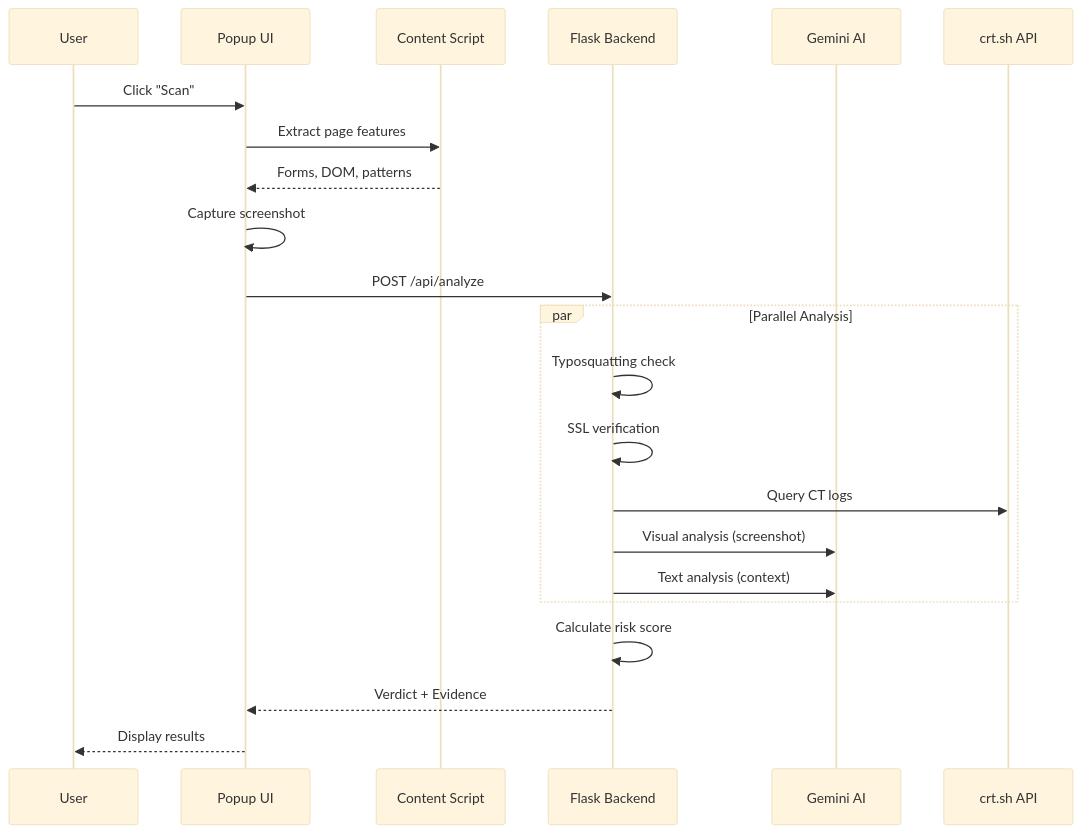
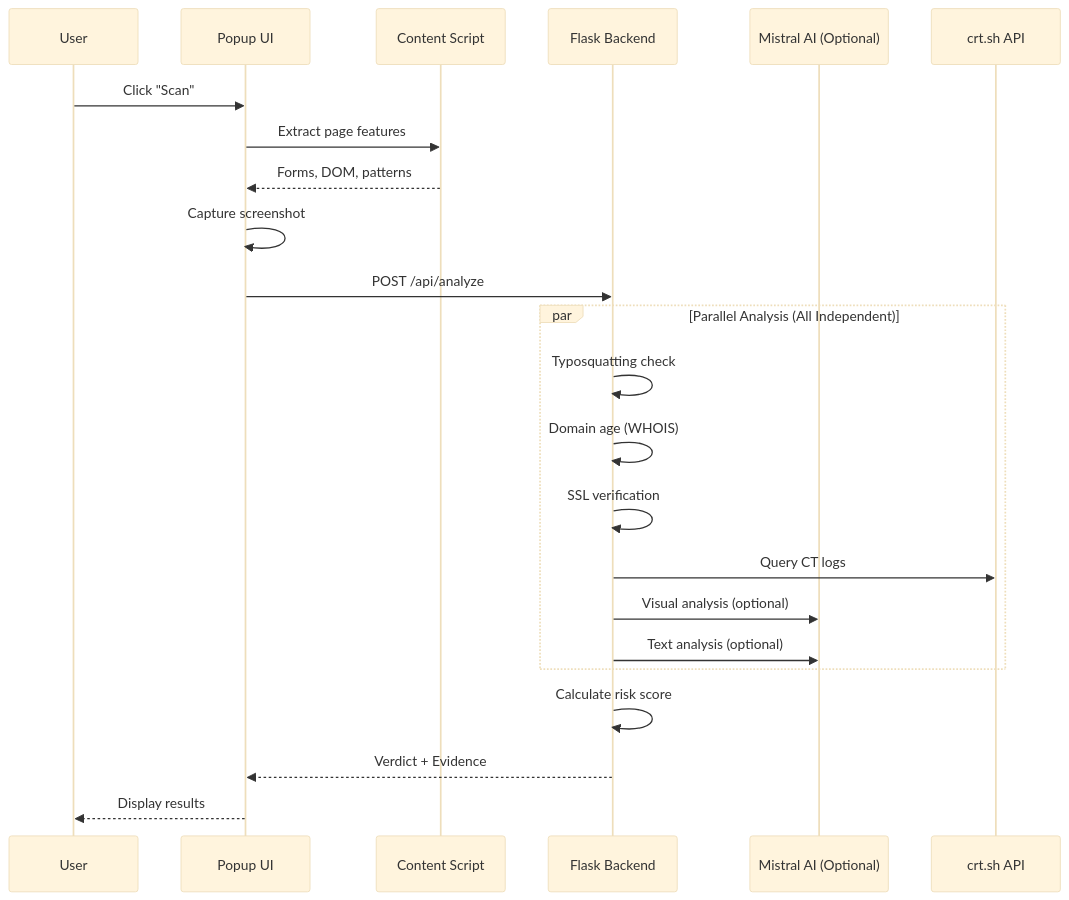
The diagram in README.md (theomatrix/PhishPolice), drawn with Mermaid (base theme) before and after one commit. The commit also changed other lines of this file, not shown here.

First line of the commit message:
Replace Gemini 2.5 with Mistral 3.1 24b modal for fast responses

````diff
--- a/README.md
+++ b/README.md
@@ -142,27 +160,28 @@
 ```mermaid
 sequenceDiagram
     participant User
     participant Popup as Popup UI
     participant Content as Content Script
     participant Backend as Flask Backend
-    participant Gemini as Gemini AI
+    participant Mistral as Mistral AI (Optional)
     participant CT as crt.sh API
 
     User->>Popup: Click "Scan"
     Popup->>Content: Extract page features
     Content-->>Popup: Forms, DOM, patterns
     Popup->>Popup: Capture screenshot
     Popup->>Backend: POST /api/analyze
     
-    par Parallel Analysis
+    par Parallel Analysis (All Independent)
         Backend->>Backend: Typosquatting check
+        Backend->>Backend: Domain age (WHOIS)
         Backend->>Backend: SSL verification
         Backend->>CT: Query CT logs
-        Backend->>Gemini: Visual analysis (screenshot)
-        Backend->>Gemini: Text analysis (context)
+        Backend->>Mistral: Visual analysis (optional)
+        Backend->>Mistral: Text analysis (optional)
     end
     
     Backend->>Backend: Calculate risk score
     Backend-->>Popup: Verdict + Evidence
     Popup-->>User: Display results
 ```
````
